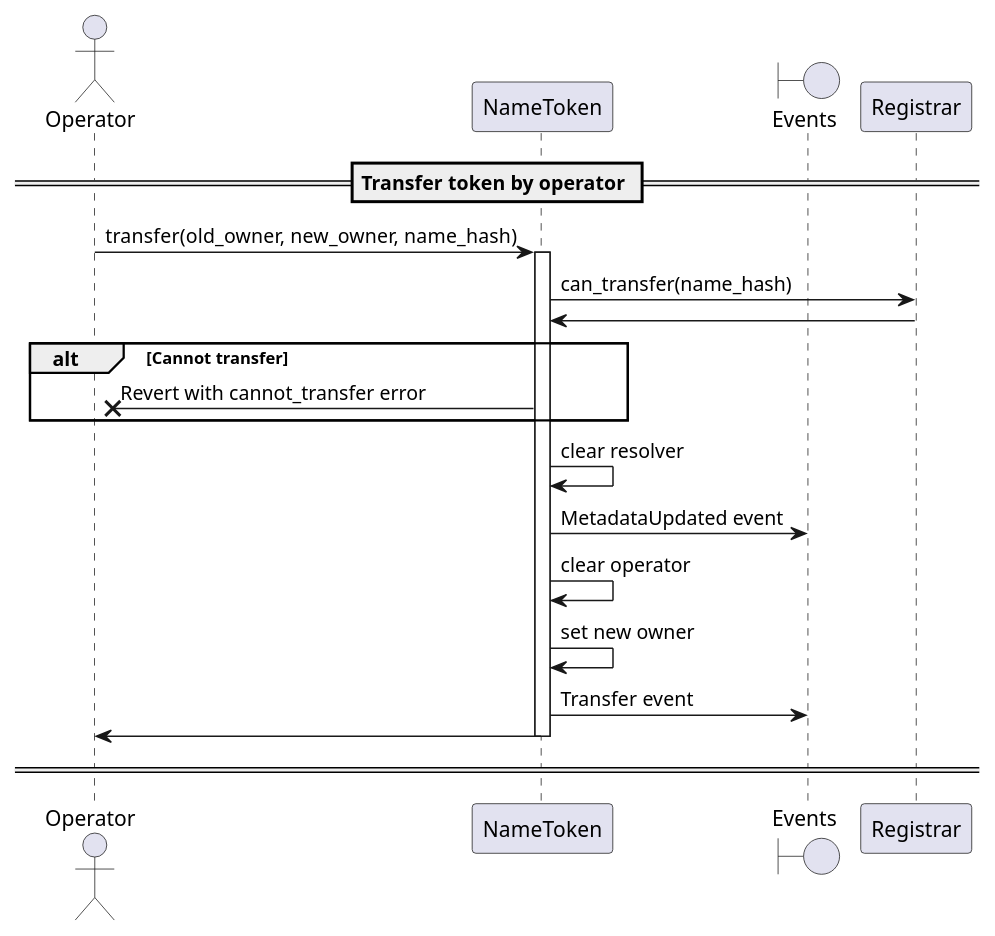
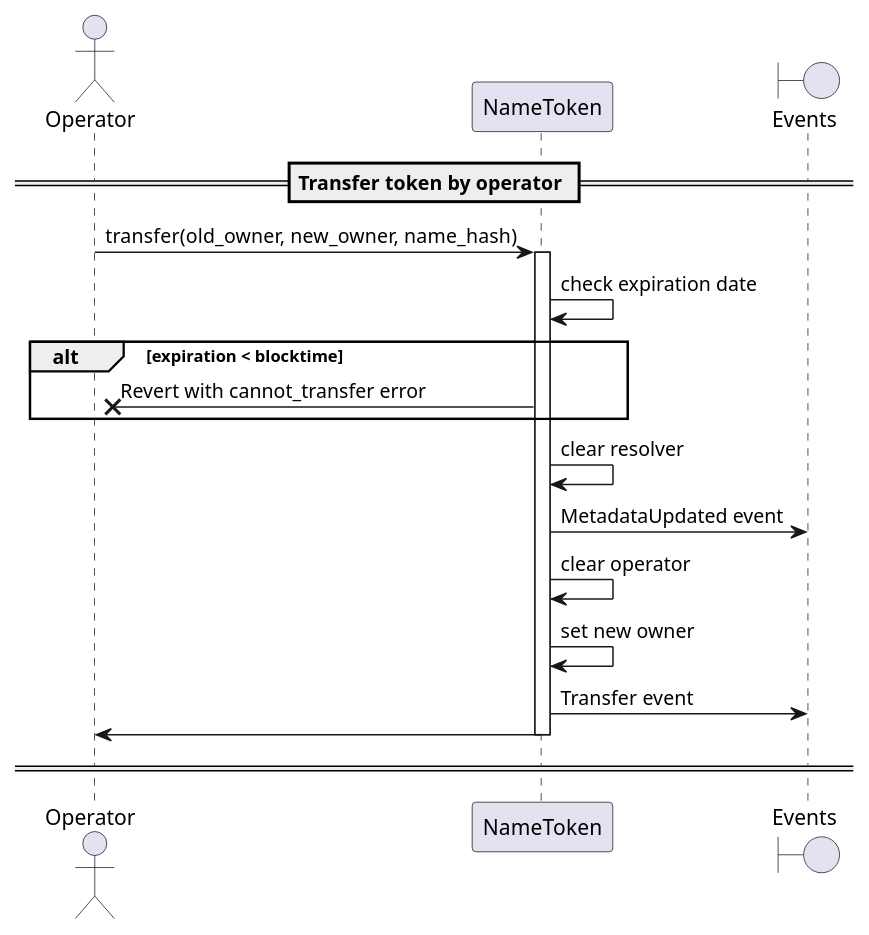
Before and after one commit to make-software/cspr-name-contracts: the diagram in docs/sequence-diagrams/puml/transfer-from-domain.puml, drawn with PlantUML. The commit also changed 6 other files, not shown here.

Commit message:
Removed can_transfer call and added a check for expiration date in the NameToken contract instead.

```diff
--- a/docs/sequence-diagrams/puml/transfer-from-domain.puml
+++ b/docs/sequence-diagrams/puml/transfer-from-domain.puml
@@ -1,28 +1,27 @@
 @startuml
 'https://plantuml.com/sequence-diagram
 
 'autonumber
 actor Operator
 participant "NameToken"
 boundary "Events"
 
 == Transfer token by operator ==
 
 Operator -> NameToken: transfer(old_owner, new_owner, name_hash)
 activate NameToken
-NameToken -> Registrar: can_transfer(name_hash)
-Registrar -> NameToken
-alt Cannot transfer
+NameToken -> NameToken: check expiration date
+alt expiration < blocktime
     NameToken ->X Operator: Revert with cannot_transfer error
 end
 NameToken -> NameToken: clear resolver
 NameToken -> "Events": MetadataUpdated event
 NameToken -> NameToken: clear operator
 NameToken -> NameToken : set new owner
 NameToken -> "Events": Transfer event
 NameToken -> Operator
 deactivate NameToken
 
 == ==
 
 @enduml
```
